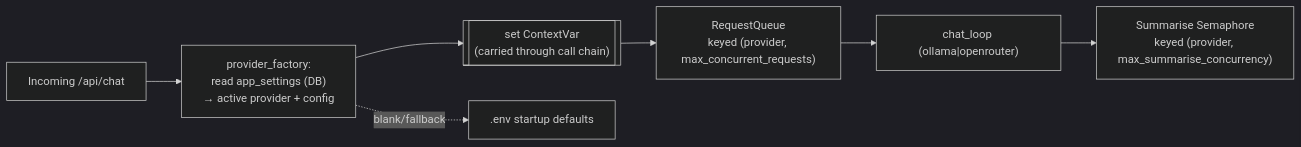
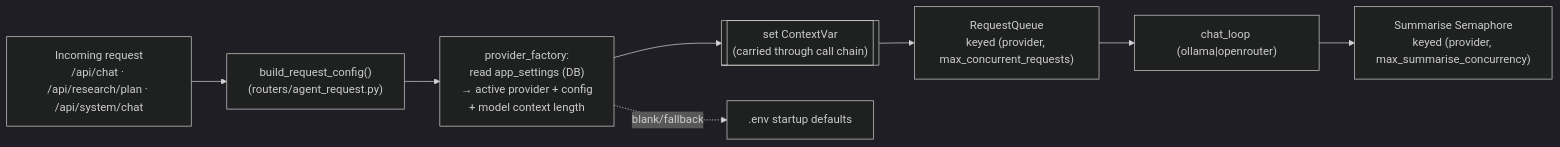
One commit to delphium226/LexChat changed the seventh of 14 diagrams in docs/ARCHITECTURE.md. Above: the diagram before and after it, drawn with Mermaid (dark theme). The commit also changed other lines of this file and 2 other files, not shown here.

First line of the commit message:
@ docs: refresh README/ARCHITECTURE for the multi-bot fleet, add plain-English overview

````diff
--- a/docs/ARCHITECTURE.md
+++ b/docs/ARCHITECTURE.md
@@ -265,9 +413,10 @@
 ```mermaid
 flowchart LR
-    req["Incoming /api/chat"] --> resolve["provider_factory:<br/>read app_settings (DB)<br/>→ active provider + config"]
+    req["Incoming request<br/>/api/chat · /api/research/plan · /api/system/chat"] --> cfg["build_request_config()<br/>(routers/agent_request.py)"]
+    cfg --> resolve["provider_factory:<br/>read app_settings (DB)<br/>→ active provider + config<br/>+ model context length"]
     resolve --> cv[["set ContextVar<br/>(carried through call chain)"]]
     cv --> queue["RequestQueue<br/>keyed (provider, max_concurrent_requests)"]
     queue --> loop["chat_loop (ollama|openrouter)"]
     loop --> sem["Summarise Semaphore<br/>keyed (provider, max_summarise_concurrency)"]
     resolve -. blank/fallback .-> env[".env startup defaults"]
 ```
````
